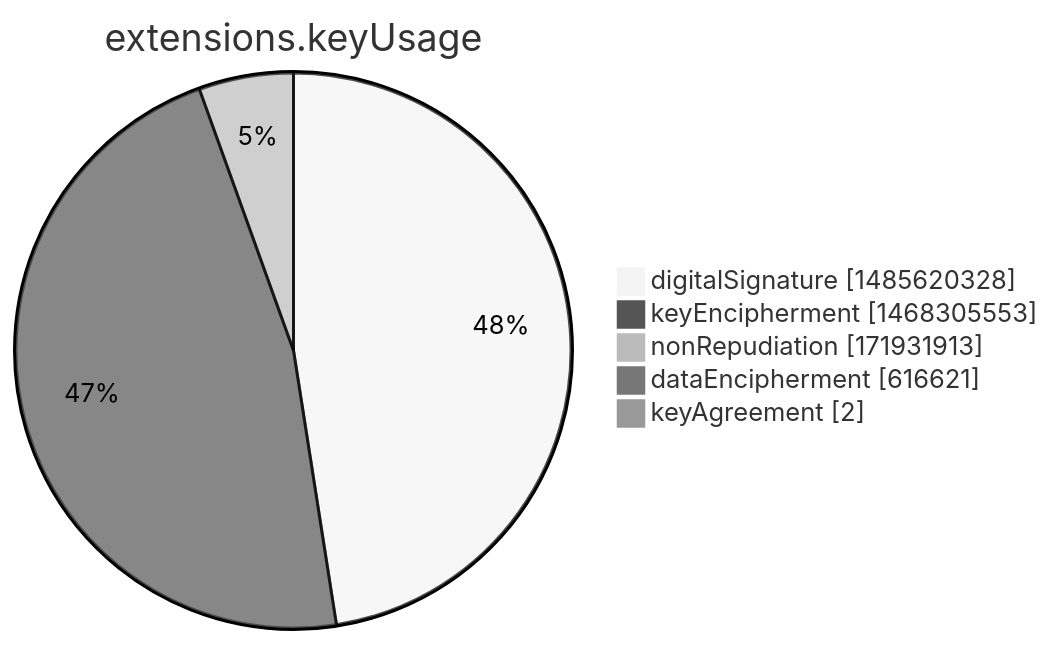
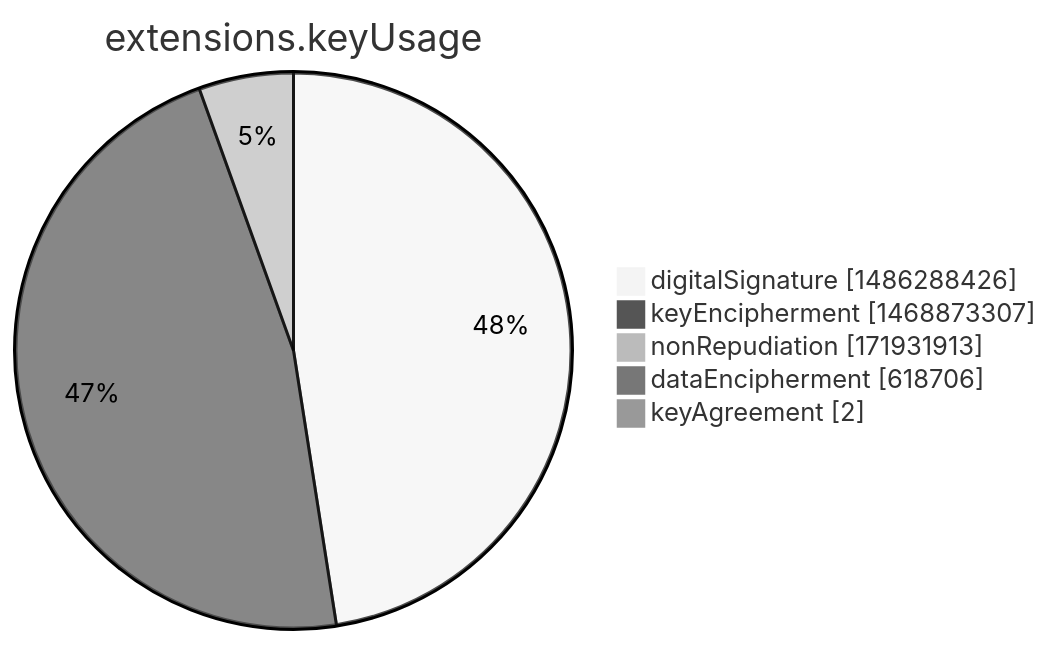
One commit to christiankrug/ctmonitor_visualization changed the seventh of 15 diagrams in argon2022/README.md. Above: the diagram before and after it, drawn with Mermaid (neutral theme). The commit also changed other lines of this file, not shown here.

````diff
--- a/argon2022/README.md
+++ b/argon2022/README.md
@@ -2751,9 +2751,9 @@
 ```mermaid
 pie showData
 title extensions.keyUsage
-"digitalSignature" :1485620328
-"keyEncipherment" :1468305553
+"digitalSignature" :1486288426
+"keyEncipherment" :1468873307
 "nonRepudiation" :171931913
-"dataEncipherment" :616621
+"dataEncipherment" :618706
 "keyAgreement" :2
 ```
````
